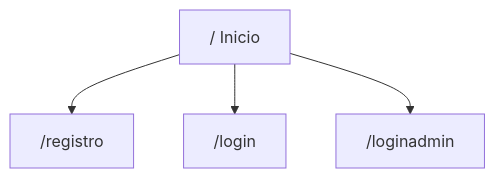
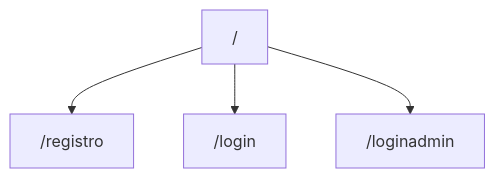
Before and after one commit to mofuel/Nexa-Vote-Front: the first of 4 diagrams in docs/03-rutas-y-flujos.md, drawn with Mermaid. The commit also changed other lines of this file and 11 other files, not shown here.

````diff
--- a/docs/03-rutas-y-flujos.md
+++ b/docs/03-rutas-y-flujos.md
@@ -26,6 +22,6 @@
 ```mermaid
 flowchart TD
-  A["/ Inicio"] --> B["/registro"]
+  A["/"] --> B["/registro"]
   A --> C["/login"]
   A --> D["/loginadmin"]
 ```
````
